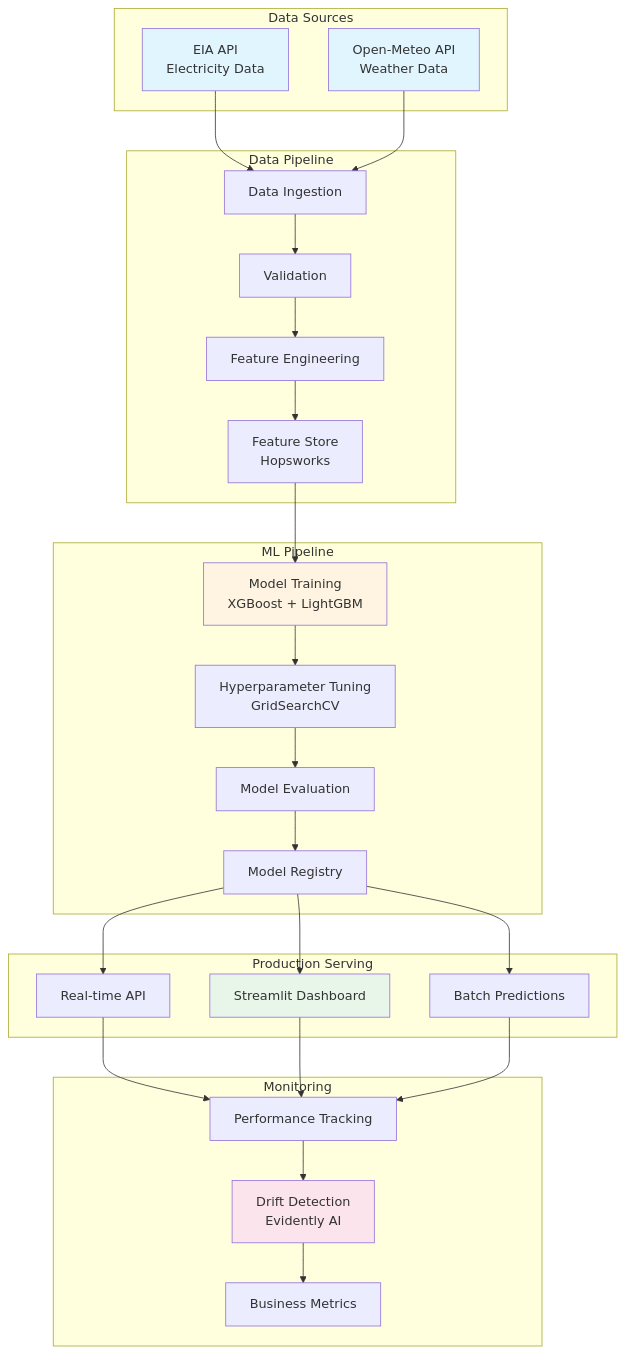
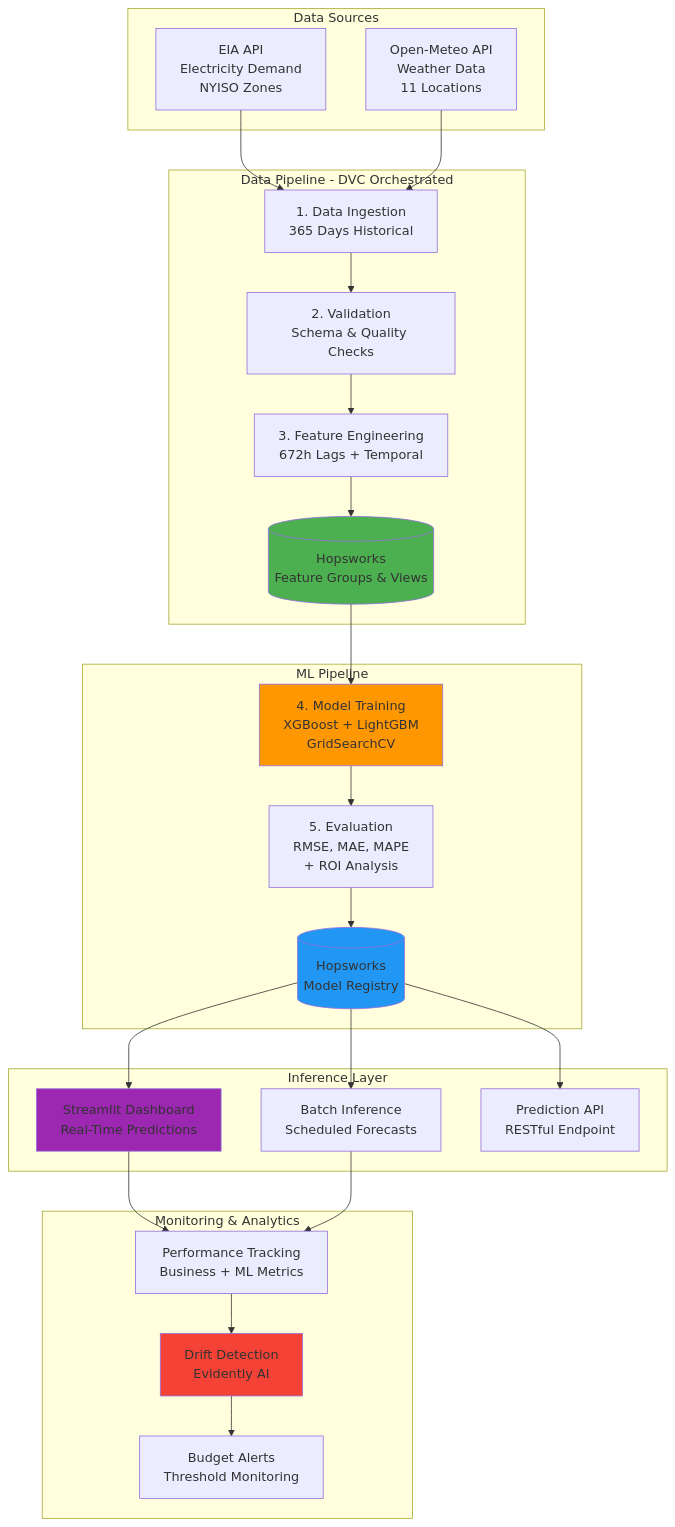
Before and after one commit to JavithNaseem-J/WattPredictor: the first of 4 diagrams in README.md, drawn with Mermaid. The commit also changed other lines of this file and 5 other files, not shown here.

````diff
--- a/README.md
+++ b/README.md
@@ -44,52 +78,57 @@
 ```mermaid
 graph TB
     subgraph "Data Sources"
-        A1[EIA API<br/>Electricity Data]
-        A2[Open-Meteo API<br/>Weather Data]
+        EIA[EIA API<br/>Electricity Demand<br/>NYISO Zones]
+        Weather[Open-Meteo API<br/>Weather Data<br/>11 Locations]
     end
     
-    subgraph "Data Pipeline"
-        B1[Data Ingestion]
-        B2[Validation]
-        B3[Feature Engineering]
-        B4[Feature Store<br/>Hopsworks]
+    subgraph "Data Pipeline - DVC Orchestrated"
+        Ingest[1. Data Ingestion<br/>365 Days Historical]
+        Validate[2. Validation<br/>Schema & Quality Checks]
+        Engineer[3. Feature Engineering<br/>672h Lags + Temporal]
+        FeatureStore[(Hopsworks<br/>Feature Groups & Views)]
     end
     
     subgraph "ML Pipeline"
-        C1[Model Training<br/>XGBoost + LightGBM]
-        C2[Hyperparameter Tuning<br/>GridSearchCV]
-        C3[Model Evaluation]
-        C4[Model Registry]
+        Train[4. Model Training<br/>XGBoost + LightGBM<br/>GridSearchCV]
+        Evaluate[5. Evaluation<br/>RMSE, MAE, MAPE<br/>+ ROI Analysis]
+        Registry[(Hopsworks<br/>Model Registry)]
     end
     
-    subgraph "Production Serving"
-        D1[Real-time API]
-        D2[Streamlit Dashboard]
-        D3[Batch Predictions]
+    subgraph "Inference Layer"
+        RealTime[Streamlit Dashboard<br/>Real-Time Predictions]
+        Batch[Batch Inference<br/>Scheduled Forecasts]
+        API[Prediction API<br/>RESTful Endpoint]
     end
     
-    subgraph "Monitoring"
-        E1[Performance Tracking]
-        E2[Drift Detection<br/>Evidently AI]
-        E3[Business Metrics]
+    subgraph "Monitoring & Analytics"
+        Drift[Drift Detection<br/>Evidently AI]
+        Metrics[Performance Tracking<br/>Business + ML Metrics]
+        Alerts[Budget Alerts<br/>Threshold Monitoring]
     end
     
-    A1 & A2 --> B1
-    B1 --> B2
-    B2 --> B3
-    B3 --> B4
-    B4 --> C1
-    C1 --> C2
-    C2 --> C3
-    C3 --> C4
-    C4 --> D1 & D2 & D3
-    D1 & D2 & D3 --> E1
-    E1 --> E2
-    E2 --> E3
+    EIA --> Ingest
+    Weather --> Ingest
+    Ingest --> Validate
+    Validate --> Engineer
+    Engineer --> FeatureStore
     
-    style A1 fill:#e1f5ff
-    style A2 fill:#e1f5ff
-    style C1 fill:#fff4e1
-    style D2 fill:#e8f5e9
-    style E2 fill:#fce4ec
+    FeatureStore --> Train
+    Train --> Evaluate
+    Evaluate --> Registry
+    
+    Registry --> RealTime
+    Registry --> Batch
+    Registry --> API
+    
+    RealTime --> Metrics
+    Batch --> Metrics
+    Metrics --> Drift
+    Drift --> Alerts
+    
+    style FeatureStore fill:#4CAF50
+    style Train fill:#FF9800
+    style Registry fill:#2196F3
+    style RealTime fill:#9C27B0
+    style Drift fill:#F44336
 ```
````
